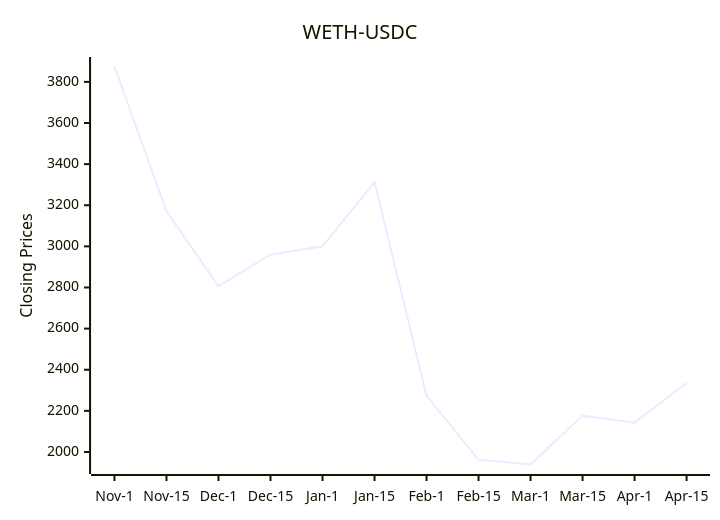
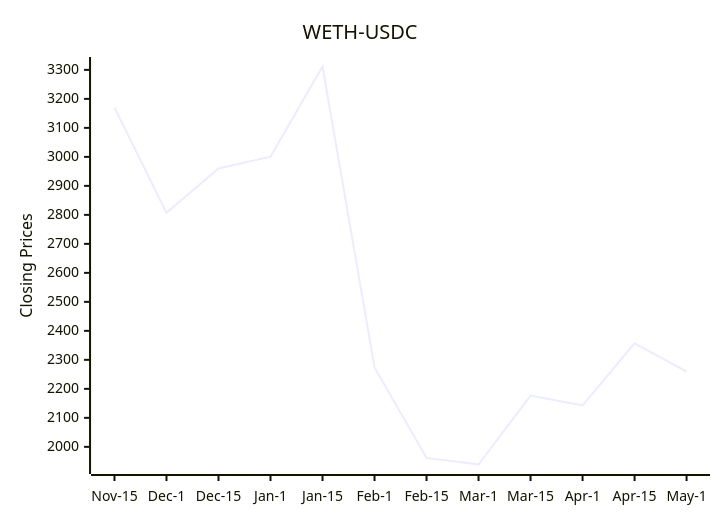
Before and after one commit to bicced/ReadmeCryptoPriceChart: the diagram in README.md, drawn with Mermaid.

Commit message:
Update README with latest DEX data

````diff
--- a/README.md
+++ b/README.md
@@ -6,7 +6,7 @@
 ```mermaid
 xychart-beta
   title "WETH-USDC"
-  x-axis [Nov-1,Nov-15,Dec-1,Dec-15,Jan-1,Jan-15,Feb-1,Feb-15,Mar-1,Mar-15,Apr-1,Apr-15]
-  y-axis "Closing Prices" 1939.10322356354 --> 3874.8082284479
-  line [3874.8082284479,3170.25621083736,2806.91719695467,2959.74010356289,3000.67820680034,3311.65440575894,2273.66104115322,1961.76630440433,1939.10322356354,2176.74756246377,2142.76888865301,2335.57979464126]
+  x-axis [Nov-15,Dec-1,Dec-15,Jan-1,Jan-15,Feb-1,Feb-15,Mar-1,Mar-15,Apr-1,Apr-15,May-1]
+  y-axis "Closing Prices" 1939.10322356354 --> 3311.65440575894
+  line [3170.25621083736,2806.91719695467,2959.74010356289,3000.67820680034,3311.65440575894,2273.66104115322,1961.76630440433,1939.10322356354,2176.74756246377,2142.76888865301,2356.96568036046,2259.13999748353]
 ```
````
